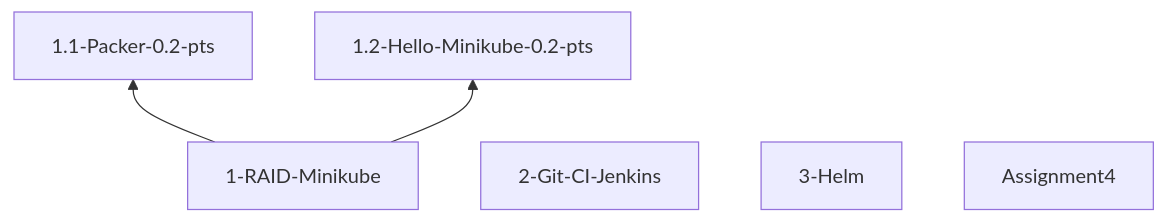
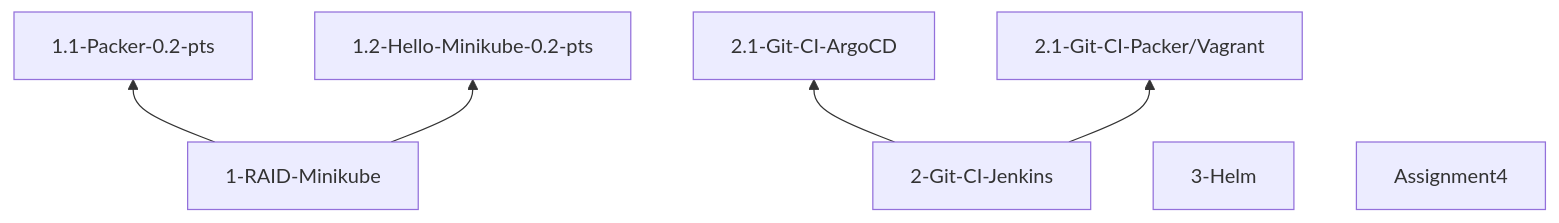
Before and after one commit to j-avdeev/DevOps: the diagram in README.md, drawn with Mermaid. The commit also changed other lines of this file and 4 other files, not shown here.

````diff
--- a/README.md
+++ b/README.md
@@ -82,8 +82,9 @@
 ```mermaid
   graph BT;
       1-RAID-Minikube --> 1.1-Packer-0.2-pts;
       1-RAID-Minikube --> 1.2-Hello-Minikube-0.2-pts;
-      2-Git-CI-Jenkins;
+      2-Git-CI-Jenkins --> 2.1-Git-CI-ArgoCD;
+      2-Git-CI-Jenkins --> 2.1-Git-CI-Packer/Vagrant;
       3-Helm;
       Assignment4;
 ```
````
